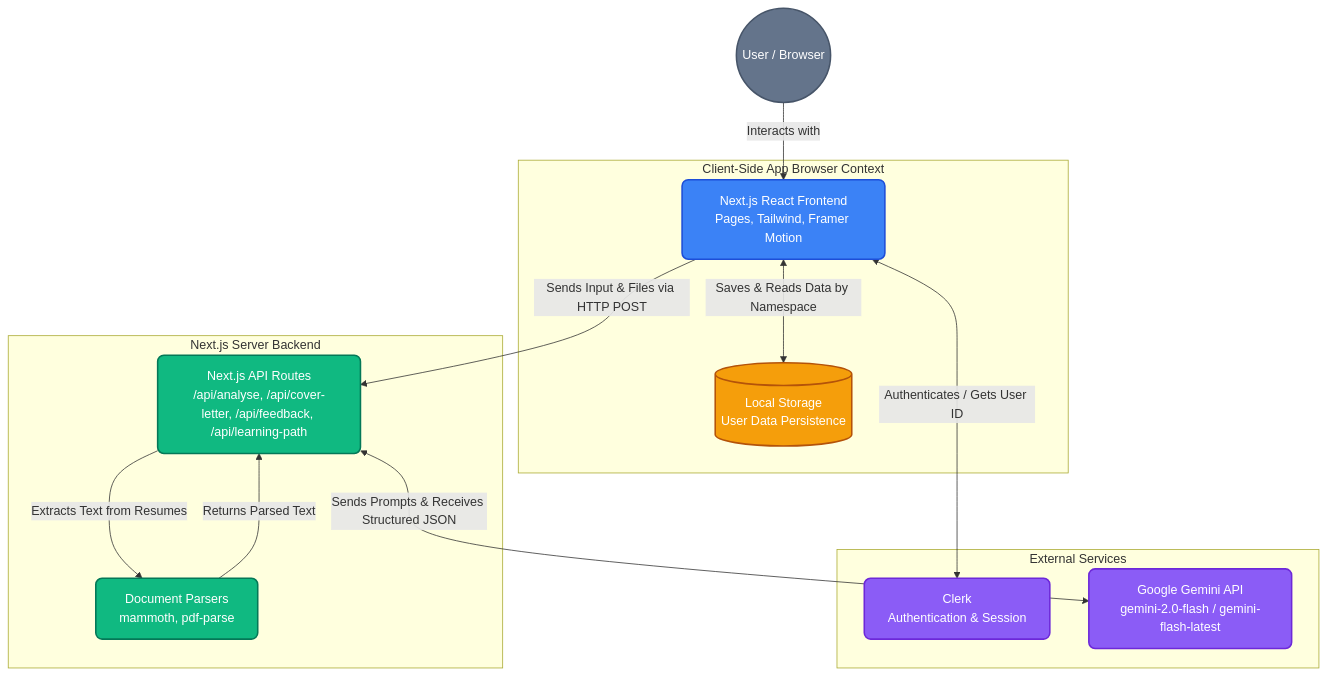
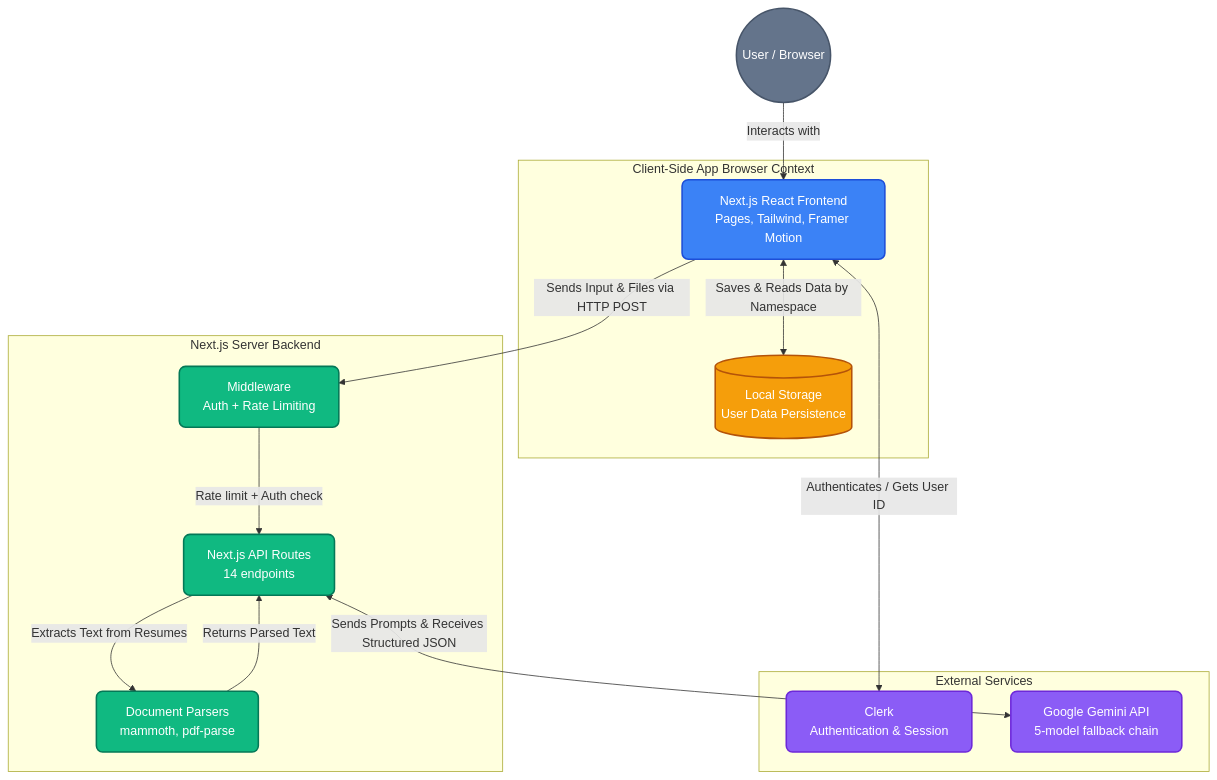
Before and after one commit to RISHIE2006/Signl: the first of 4 diagrams in architecture.md, drawn with Mermaid. The commit also changed other lines of this file and 7 other files, not shown here.

````diff
--- a/architecture.md
+++ b/architecture.md
@@ -7,38 +9,40 @@
 ```mermaid
 graph TD
     %% Styling Definitions
     classDef frontend fill:#3b82f6,stroke:#1d4ed8,stroke-width:2px,color:white,rx:8px,ry:8px
     classDef backend fill:#10b981,stroke:#047857,stroke-width:2px,color:white,rx:8px,ry:8px
     classDef storage fill:#f59e0b,stroke:#b45309,stroke-width:2px,color:white,rx:8px,ry:8px
     classDef external fill:#8b5cf6,stroke:#6d28d9,stroke-width:2px,color:white,rx:8px,ry:8px
     classDef user fill:#64748b,stroke:#475569,stroke-width:2px,color:white,rx:20px,ry:20px
 
     User((User / Browser)):::user
 
     subgraph Client [Client-Side App Browser Context]
         UI[Next.js React Frontend<br/>Pages, Tailwind, Framer Motion]:::frontend
         Store[(Local Storage<br/>User Data Persistence)]:::storage
     end
 
     subgraph Server [Next.js Server Backend]
-        API[Next.js API Routes<br/>/api/analyse, /api/cover-letter, /api/feedback, /api/learning-path]:::backend
+        MW[Middleware<br/>Auth + Rate Limiting]:::backend
+        API[Next.js API Routes<br/>14 endpoints]:::backend
         Parsers[Document Parsers<br/>mammoth, pdf-parse]:::backend
     end
 
     subgraph Ext [External Services]
         Clerk[Clerk<br/>Authentication & Session]:::external
-        Gemini[Google Gemini API<br/>gemini-2.0-flash / gemini-flash-latest]:::external
+        Gemini[Google Gemini API<br/>5-model fallback chain]:::external
     end
 
     %% Relationships and Flows
     User -->|Interacts with| UI
     
     UI <-->|Authenticates / Gets User ID| Clerk
     UI <-->|Saves & Reads Data by Namespace| Store
-    UI -->|Sends Input & Files via HTTP POST| API
+    UI -->|Sends Input & Files via HTTP POST| MW
+    MW -->|Rate limit + Auth check| API
     
     API -->|Extracts Text from Resumes| Parsers
     Parsers -->|Returns Parsed Text| API
     
     API <-->|Sends Prompts & Receives Structured JSON| Gemini
 ```
````
